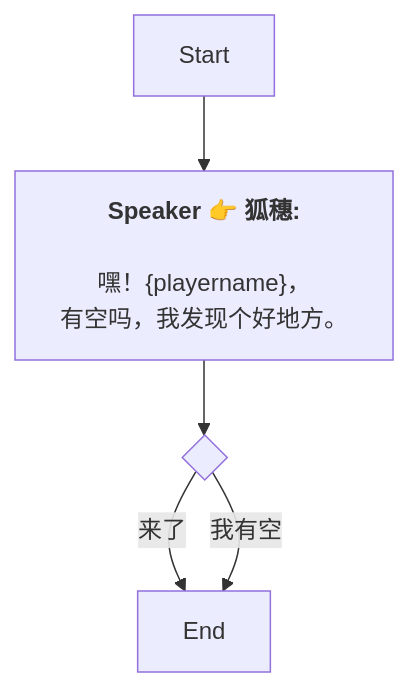
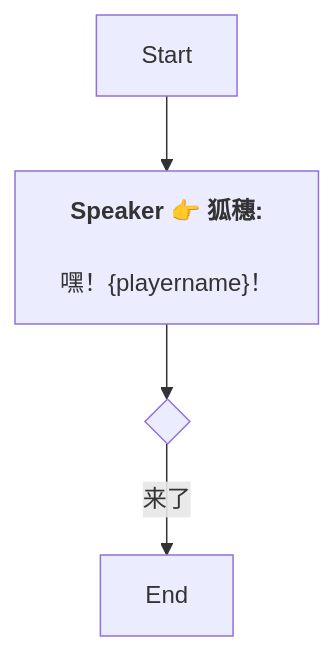
One commit to SoftHu/tos_avg changed the diagram in Zh/QuestStartTalkENode_1751813638943161.md. Above: the diagram before and after it, drawn with Mermaid. The commit also changed 228 other files, not shown here.

````diff
--- a/Zh/QuestStartTalkENode_1751813638943161.md
+++ b/Zh/QuestStartTalkENode_1751813638943161.md
@@ -1,11 +1,9 @@
 ```mermaid
 graph
 Start -->1751814007493088[<b>Speaker 👉 狐穗:</b>
 
-嘿！&lbrace;playername&rbrace;，
-有空吗，我发现个好地方。]
+嘿！&lbrace;playername&rbrace;！]
 1751814007493088 -->1751814009403873{ }
 1751814009403873 -->|来了|1751814479853030[End]
-1751814009403873 -->|我有空|1751814479853030[End]
 
  ```
````
